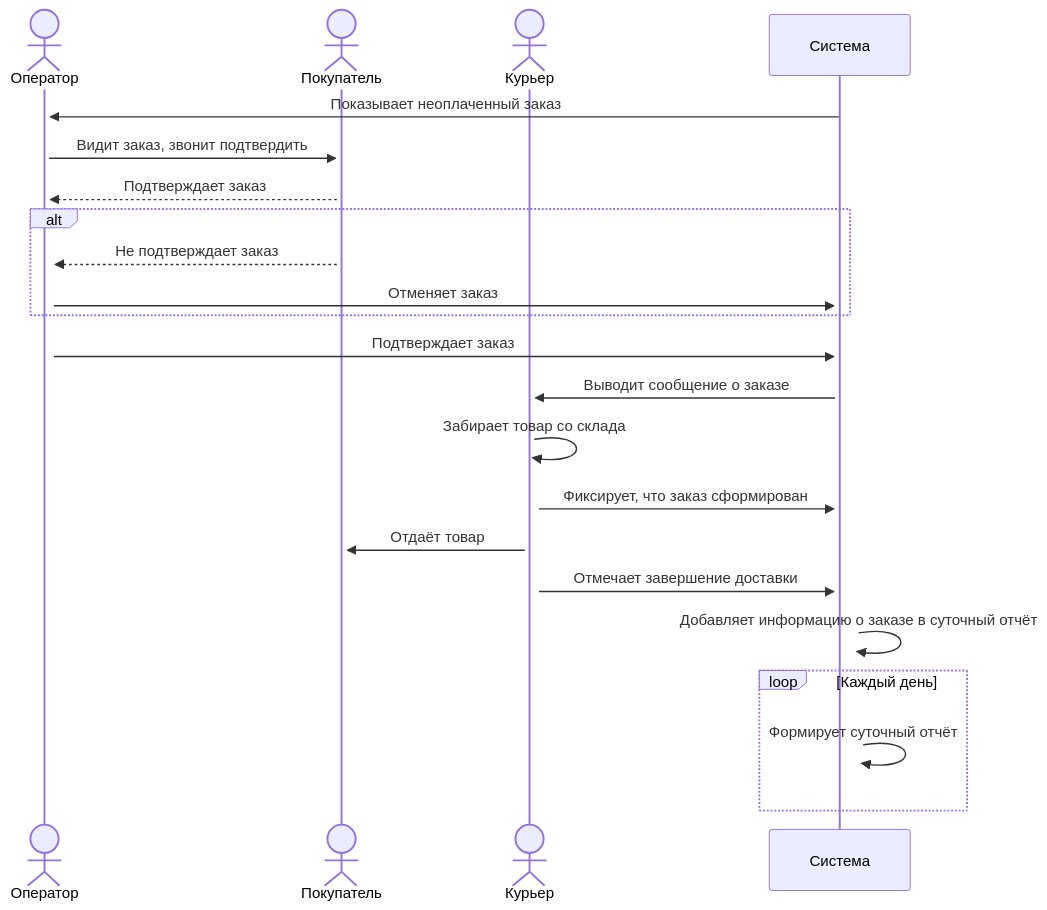
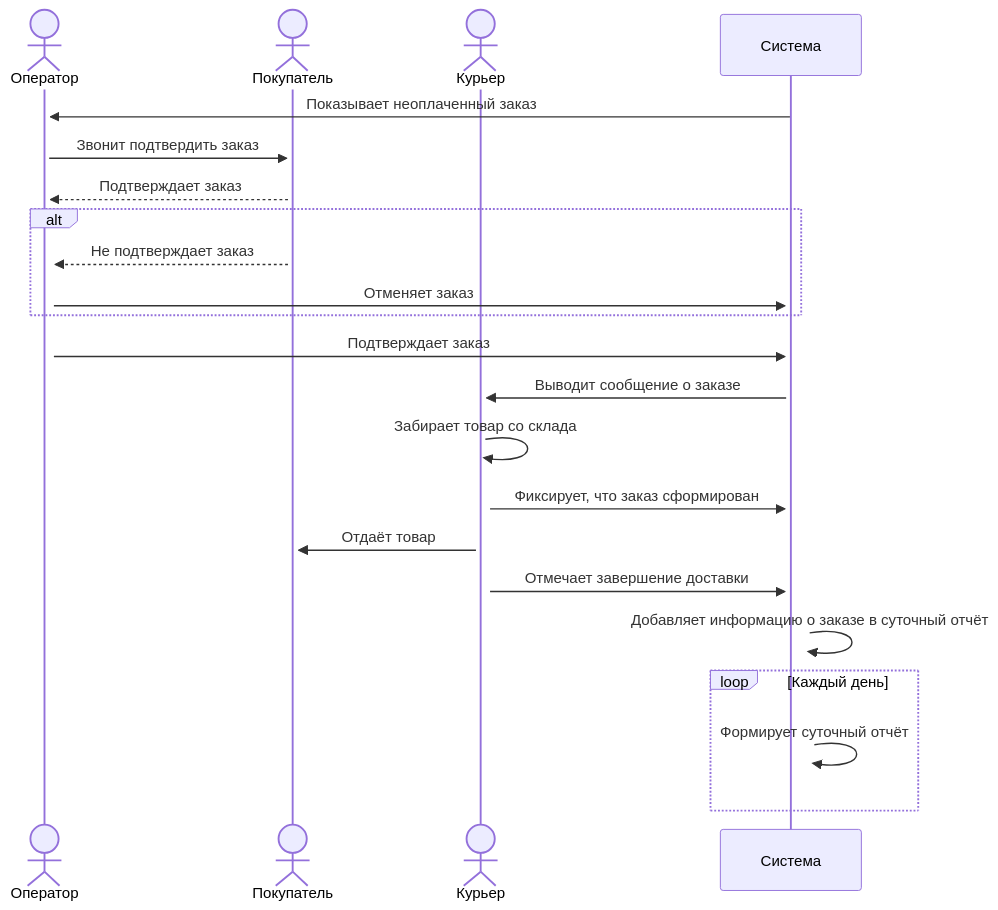
Before and after one commit to mr-karpets/Portfolio: the third of 3 diagrams in Задание - Авария/Описание решения.md, drawn with Mermaid.

````diff
--- a/Задание - Авария/Описание решения.md
+++ b/Задание - Авария/Описание решения.md
@@ -68,24 +68,24 @@
 ```mermaid
 sequenceDiagram
     actor C as Оператор
     actor A as Покупатель
     actor D as Курьер
     participant B as Система
     B->>+C: Показывает неоплаченный заказ
-    C->>+A: Видит заказ, звонит подтвердить
+    C->>+A: Звонит подтвердить заказ
     A-->>+C: Подтверждает заказ
     alt
         A-->>C: Не подтверждает заказ
         C->>+B: Отменяет заказ
     end 
     C->>+B: Подтверждает заказ
     B->>+D: Выводит сообщение о заказе
     D->>+D: Забирает товар со склада
     D->>+B: Фиксирует, что заказ сформирован
     D->>+A: Отдаёт товар
     D->>+B: Отмечает завершение доставки
     B->>+B: Добавляет информацию о заказе в суточный отчёт
     loop Каждый день
         B->>+B: Формирует суточный отчёт
     end
 ```
````
